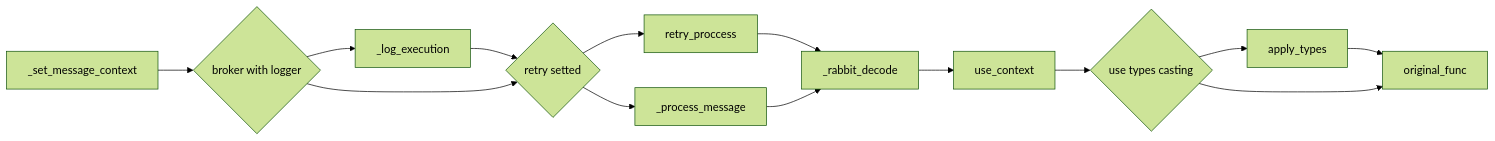
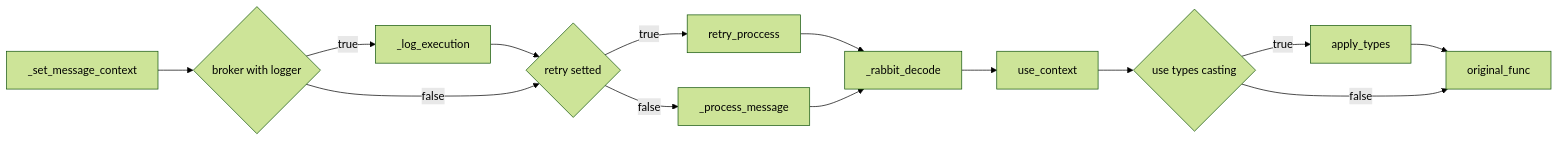
Before and after one commit to Lancetnik/Propan: the diagram in docs/DECORATORS.md, drawn with Mermaid (forest theme).

Commit message:
specify decorators diagram

````diff
--- a/docs/DECORATORS.md
+++ b/docs/DECORATORS.md
@@ -3,24 +3,24 @@
 ```mermaid
   flowchart LR
     broker_logger{broker with logger}
     is_retry{retry setted}
     is_apply_types{use types casting}
 
     _set_message_context-->broker_logger
     
-    broker_logger-->_log_execution
+    broker_logger-->|true|_log_execution
     _log_execution-->is_retry
-    broker_logger-->is_retry
+    broker_logger-->|false|is_retry
 
-    is_retry-->retry_proccess
-    is_retry-->_process_message
+    is_retry-->|true|retry_proccess
+    is_retry-->|false|_process_message
     retry_proccess-->_rabbit_decode
     _process_message-->_rabbit_decode
 
     _rabbit_decode-->use_context
     use_context-->is_apply_types
 
-    is_apply_types-->apply_types
+    is_apply_types-->|true|apply_types
     apply_types-->original_func
-    is_apply_types-->original_func
+    is_apply_types-->|false|original_func
 ```
````
